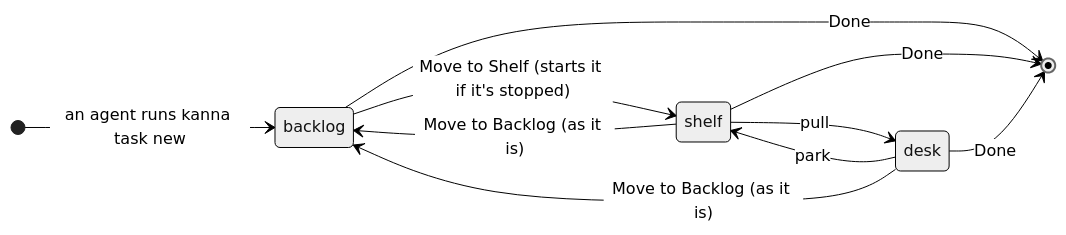
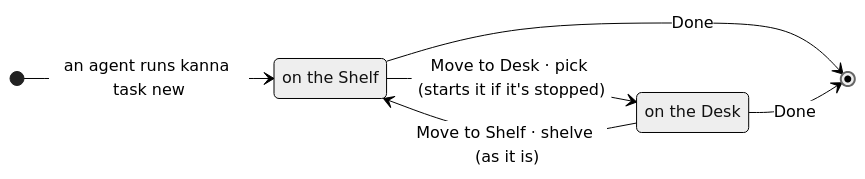
Before and after one commit to tampopogk/kanna: the first of 2 diagrams in docs/specs/tasks.md, drawn with Mermaid (neutral theme). The commit also changed other lines of this file and 51 other files, not shown here.

Commit message:
Specs: Desk and Shelf, the Desk view, pick, shelve, activate, park; backlog-runners → shelf-runners, backlog-search → shelf-search, shelve-latency → move-to-desk-latency

````diff
--- a/docs/specs/tasks.md
+++ b/docs/specs/tasks.md
@@ -24,13 +24,11 @@
 ```mermaid
 stateDiagram-v2
     direction LR
-    [*] --> backlog: an agent runs kanna task new
-    backlog --> shelf: Move to Shelf (starts it if it's stopped)
-    shelf --> desk: pull
-    desk --> shelf: park
-    shelf --> backlog: Move to Backlog (as it is)
-    desk --> backlog: Move to Backlog (as it is)
-    backlog --> [*]: Done
-    shelf --> [*]: Done
-    desk --> [*]: Done
+    Shelf: on the Shelf
+    Desk: on the Desk
+    [*] --> Shelf: an agent runs kanna task new
+    Shelf --> Desk: Move to Desk · pick (starts it if it's stopped)
+    Desk --> Shelf: Move to Shelf · shelve (as it is)
+    Shelf --> [*]: Done
+    Desk --> [*]: Done
 ```
````
